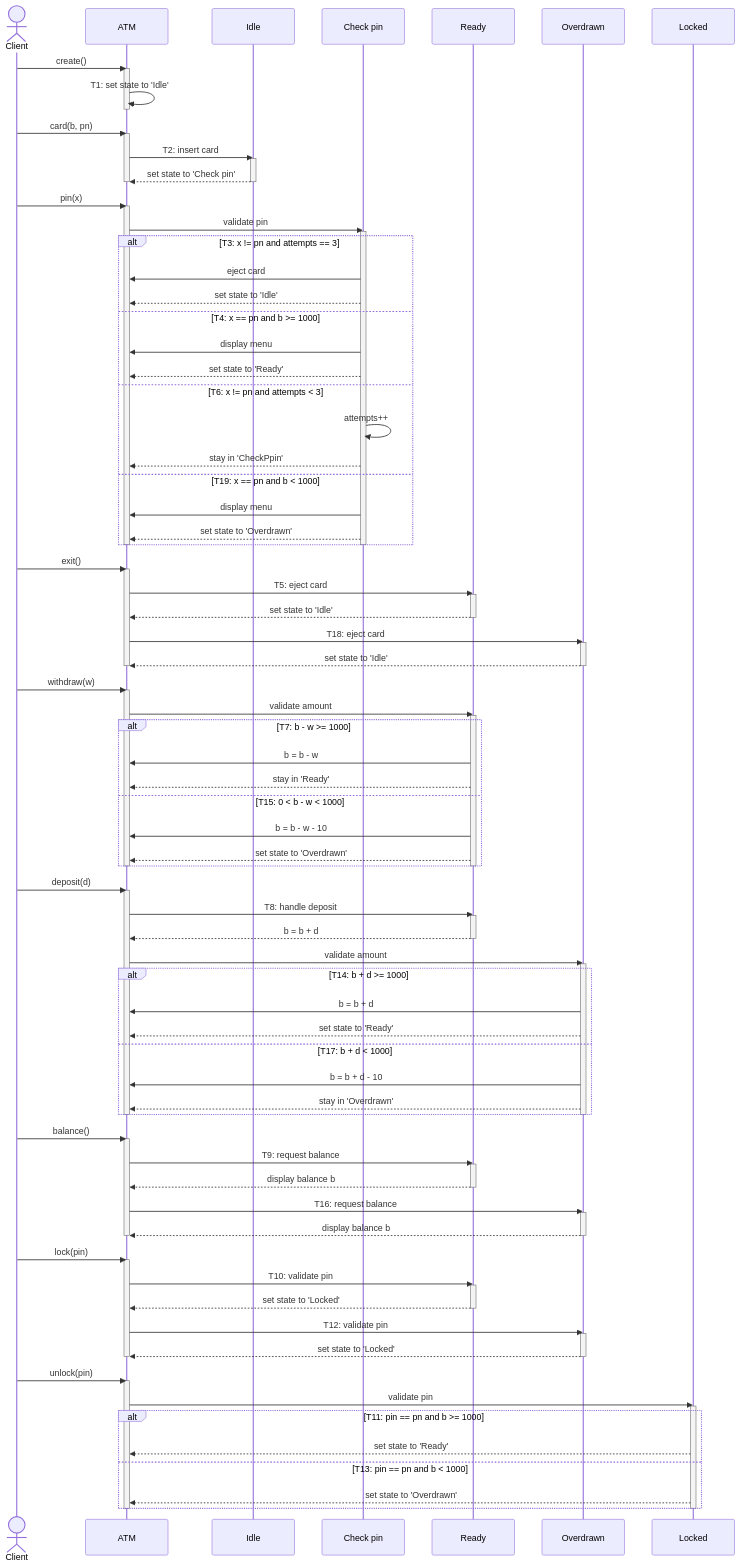
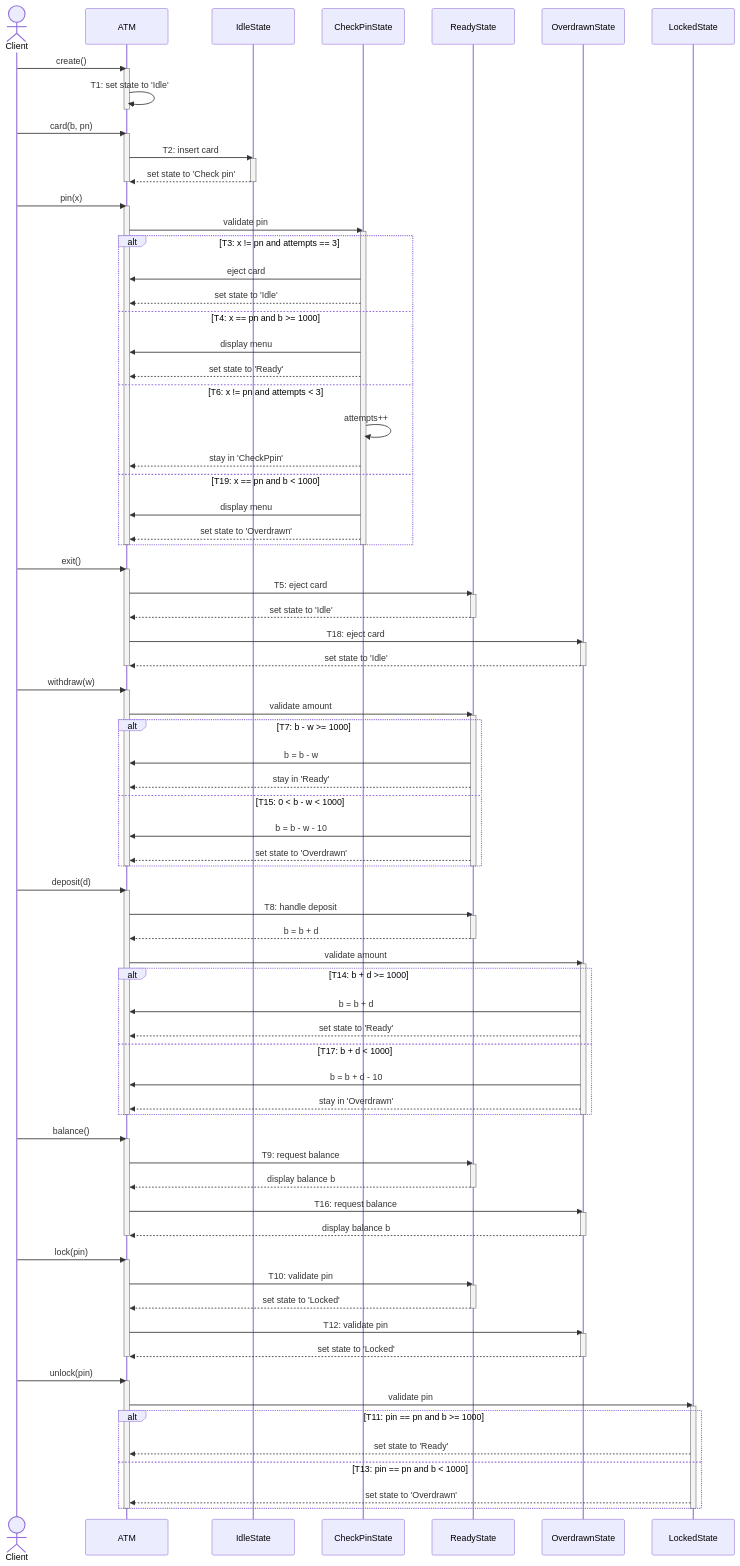
Before and after one commit to hanggrian/IIT-CS586: the fifth of 7 diagrams in assignments/hw1.md, drawn with Mermaid. The commit also changed other lines of this file, not shown here.

````diff
--- a/assignments/hw1.md
+++ b/assignments/hw1.md
@@ -640,11 +723,11 @@
 sequenceDiagram
   actor Client
   participant ATM
-  participant Idle
-  participant CheckPin as Check pin
-  participant Ready
-  participant Overdrawn
-  participant Locked
+  participant IdleState
+  participant CheckPinState
+  participant ReadyState
+  participant OverdrawnState
+  participant LockedState
 
   Client ->> ATM: create()
   activate ATM
@@ -653,109 +736,109 @@
 
   Client ->> ATM: card(b, pn)
   activate ATM
-  ATM ->> Idle: T2: insert card
-  activate Idle
-  Idle -->> ATM: set state to 'Check pin'
-  deactivate Idle
+  ATM ->> IdleState: T2: insert card
+  activate IdleState
+  IdleState -->> ATM: set state to 'Check pin'
+  deactivate IdleState
   deactivate ATM
 
   Client ->> ATM: pin(x)
   activate ATM
-  ATM ->> CheckPin: validate pin
-  activate CheckPin
+  ATM ->> CheckPinState: validate pin
+  activate CheckPinState
   alt T3: x != pn and attempts == 3
-    CheckPin ->> ATM: eject card
-    CheckPin -->> ATM: set state to 'Idle'
+    CheckPinState ->> ATM: eject card
+    CheckPinState -->> ATM: set state to 'Idle'
   else T4: x == pn and b >= 1000
-    CheckPin ->> ATM: display menu
-    CheckPin -->> ATM: set state to 'Ready'
+    CheckPinState ->> ATM: display menu
+    CheckPinState -->> ATM: set state to 'Ready'
   else T6: x != pn and attempts < 3
-    CheckPin ->> CheckPin: attempts++
-    CheckPin -->> ATM: stay in 'CheckPpin'
+    CheckPinState ->> CheckPinState: attempts++
+    CheckPinState -->> ATM: stay in 'CheckPpin'
   else T19: x == pn and b < 1000
-    CheckPin ->> ATM: display menu
-    CheckPin -->> ATM: set state to 'Overdrawn'
+    CheckPinState ->> ATM: display menu
+    CheckPinState -->> ATM: set state to 'Overdrawn'
   end
-  deactivate CheckPin
+  deactivate CheckPinState
   deactivate ATM
 
   Client ->> ATM: exit()
   activate ATM
-  ATM ->> Ready: T5: eject card
-  activate Ready
-  Ready -->> ATM: set state to 'Idle'
-  deactivate Ready
-  ATM ->> Overdrawn: T18: eject card
-  activate Overdrawn
-  Overdrawn -->> ATM: set state to 'Idle'
-  deactivate Overdrawn
+  ATM ->> ReadyState: T5: eject card
+  activate ReadyState
+  ReadyState -->> ATM: set state to 'Idle'
+  deactivate ReadyState
+  ATM ->> OverdrawnState: T18: eject card
+  activate OverdrawnState
+  OverdrawnState -->> ATM: set state to 'Idle'
+  deactivate OverdrawnState
   deactivate ATM
 
   Client ->> ATM: withdraw(w)
   activate ATM
-  ATM ->> Ready: validate amount
-  activate Ready
+  ATM ->> ReadyState: validate amount
+  activate ReadyState
   alt T7: b - w >= 1000
-    Ready ->> ATM: b = b - w
-    Ready -->> ATM: stay in 'Ready'
+    ReadyState ->> ATM: b = b - w
+    ReadyState -->> ATM: stay in 'Ready'
   else T15: 0 < b - w < 1000
-    Ready ->> ATM: b = b - w - 10
-    Ready -->> ATM: set state to 'Overdrawn'
+    ReadyState ->> ATM: b = b - w - 10
+    ReadyState -->> ATM: set state to 'Overdrawn'
   end
-  deactivate Ready
+  deactivate ReadyState
   deactivate ATM
 
   Client ->> ATM: deposit(d)
   activate ATM
-  ATM ->> Ready: T8: handle deposit
-  activate Ready
-  Ready -->> ATM: b = b + d
-  deactivate Ready
-  ATM ->> Overdrawn: validate amount
-  activate Overdrawn
+  ATM ->> ReadyState: T8: handle deposit
+  activate ReadyState
+  ReadyState -->> ATM: b = b + d
+  deactivate ReadyState
+  ATM ->> OverdrawnState: validate amount
+  activate OverdrawnState
   alt T14: b + d >= 1000
-    Overdrawn ->> ATM: b = b + d
-    Overdrawn -->> ATM: set state to 'Ready'
+    OverdrawnState ->> ATM: b = b + d
+    OverdrawnState -->> ATM: set state to 'Ready'
   else T17: b + d < 1000
-    Overdrawn ->> ATM: b = b + d - 10
-    Overdrawn -->> ATM: stay in 'Overdrawn'
+    OverdrawnState ->> ATM: b = b + d - 10
+    OverdrawnState -->> ATM: stay in 'Overdrawn'
   end
-  deactivate Overdrawn
+  deactivate OverdrawnState
   deactivate ATM
 
   Client ->> ATM: balance()
   activate ATM
-  ATM ->> Ready: T9: request balance
-  activate Ready
-  Ready -->> ATM: display balance b
-  deactivate Ready
-  ATM ->> Overdrawn: T16: request balance
-  activate Overdrawn
-  Overdrawn -->> ATM: display balance b
-  deactivate Overdrawn
+  ATM ->> ReadyState: T9: request balance
+  activate ReadyState
+  ReadyState -->> ATM: display balance b
+  deactivate ReadyState
+  ATM ->> OverdrawnState: T16: request balance
+  activate OverdrawnState
+  OverdrawnState -->> ATM: display balance b
+  deactivate OverdrawnState
   deactivate ATM
 
   Client ->> ATM: lock(pin)
   activate ATM
-  ATM ->> Ready: T10: validate pin
-  activate Ready
-  Ready -->> ATM: set state to 'Locked'
-  deactivate Ready
-  ATM ->> Overdrawn: T12: validate pin
-  activate Overdrawn
-  Overdrawn -->> ATM: set state to 'Locked'
-  deactivate Overdrawn
+  ATM ->> ReadyState: T10: validate pin
+  activate ReadyState
+  ReadyState -->> ATM: set state to 'Locked'
+  deactivate ReadyState
+  ATM ->> OverdrawnState: T12: validate pin
+  activate OverdrawnState
+  OverdrawnState -->> ATM: set state to 'Locked'
+  deactivate OverdrawnState
   deactivate ATM
 
   Client ->> ATM: unlock(pin)
   activate ATM
-  ATM ->> Locked: validate pin
-  activate Locked
+  ATM ->> LockedState: validate pin
+  activate LockedState
   alt T11: pin == pn and b >= 1000
-    Locked -->> ATM: set state to 'Ready'
+    LockedState -->> ATM: set state to 'Ready'
   else T13: pin == pn and b < 1000
-    Locked -->> ATM: set state to 'Overdrawn'
+    LockedState -->> ATM: set state to 'Overdrawn'
   end
-  deactivate Locked
+  deactivate LockedState
   deactivate ATM
 ```
````
